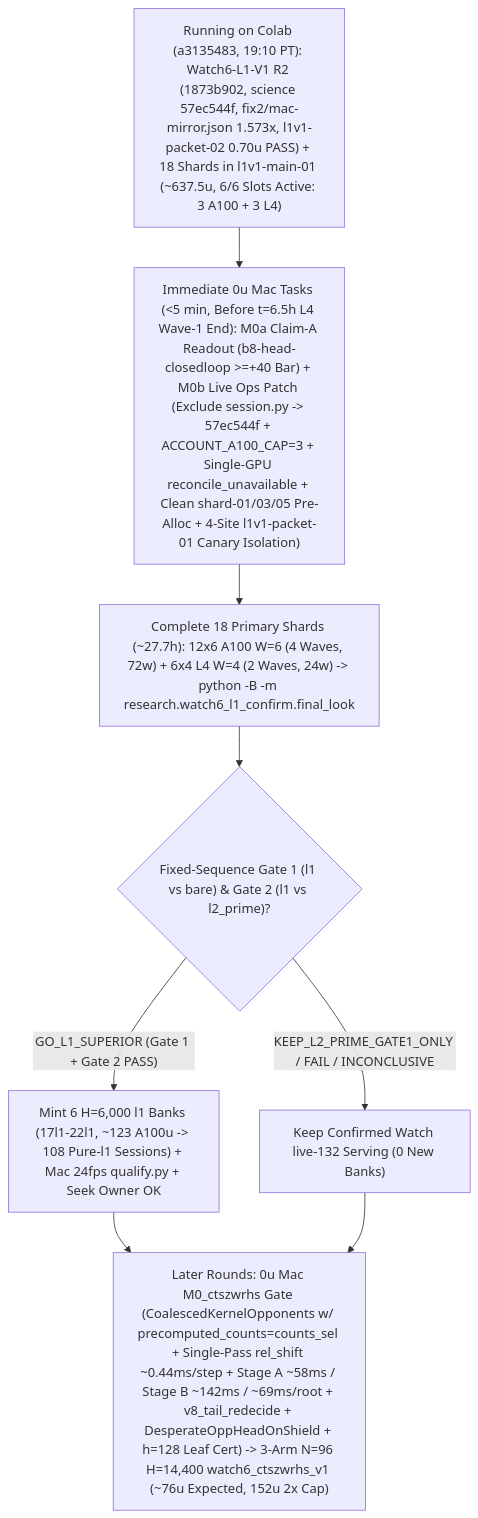
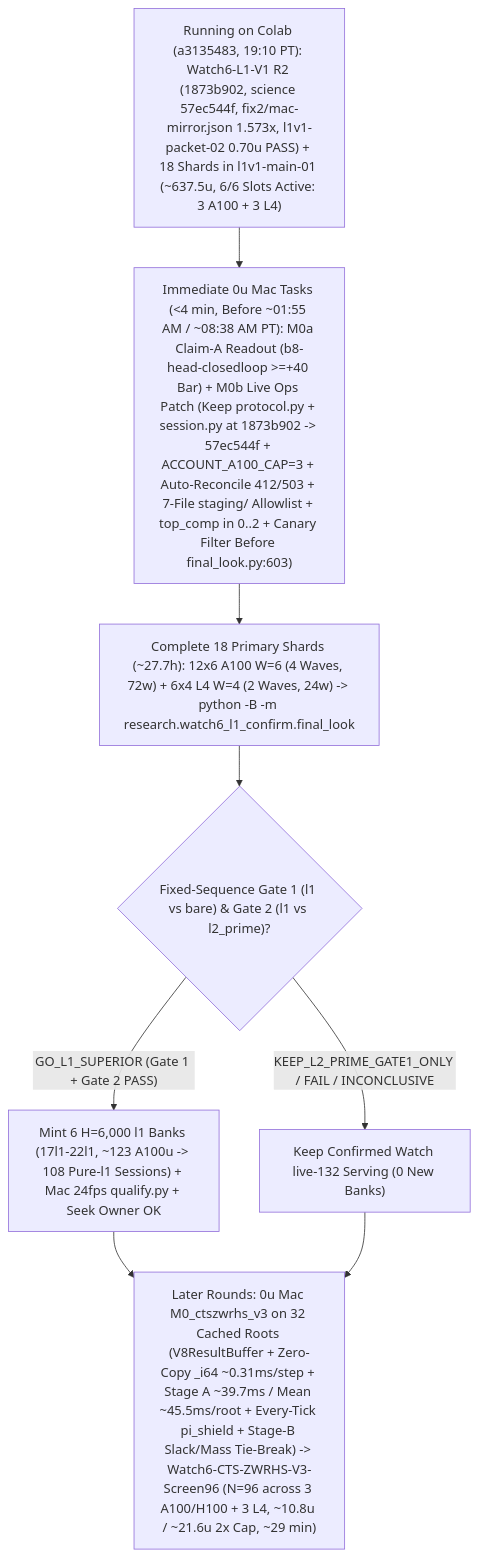
The diagram in docs/research/ROADMAP.md (josenunezwork/snake-dqn), drawn with Mermaid before and after one commit. The commit also changed other lines of this file, not shown here.

Commit message:
docs(roadmap): fold in Round-24 synthesis (advice, not decisions)

````diff
--- a/docs/research/ROADMAP.md
+++ b/docs/research/ROADMAP.md
@@ -110,10 +98,10 @@
 ```mermaid
 flowchart TD
-    LIVE["Running on Colab (a3135483, 19:10 PT): Watch6-L1-V1 R2 (1873b902, science 57ec544f, fix2/mac-mirror.json 1.573x, l1v1-packet-02 0.70u PASS) + 18 Shards in l1v1-main-01 (~637.5u, 6/6 Slots Active: 3 A100 + 3 L4)"] --> M0["Immediate 0u Mac Tasks (<5 min, Before t=6.5h L4 Wave-1 End): M0a Claim-A Readout (b8-head-closedloop >=+40 Bar) + M0b Live Ops Patch (Exclude session.py -> 57ec544f + ACCOUNT_A100_CAP=3 + Single-GPU reconcile_unavailable + Clean shard-01/03/05 Pre-Alloc + 4-Site l1v1-packet-01 Canary Isolation)"]
+    LIVE["Running on Colab (a3135483, 19:10 PT): Watch6-L1-V1 R2 (1873b902, science 57ec544f, fix2/mac-mirror.json 1.573x, l1v1-packet-02 0.70u PASS) + 18 Shards in l1v1-main-01 (~637.5u, 6/6 Slots Active: 3 A100 + 3 L4)"] --> M0["Immediate 0u Mac Tasks (<4 min, Before ~01:55 AM / ~08:38 AM PT): M0a Claim-A Readout (b8-head-closedloop >=+40 Bar) + M0b Live Ops Patch (Keep protocol.py + session.py at 1873b902 -> 57ec544f + ACCOUNT_A100_CAP=3 + Auto-Reconcile 412/503 + 7-File staging/ Allowlist + top_comp in 0..2 + Canary Filter Before final_look.py:603)"]
     M0 --> WAVES["Complete 18 Primary Shards (~27.7h): 12x6 A100 W=6 (4 Waves, 72w) + 6x4 L4 W=4 (2 Waves, 24w) -> python -B -m research.watch6_l1_confirm.final_look"]
     WAVES --> GATES{"Fixed-Sequence Gate 1 (l1 vs bare) & Gate 2 (l1 vs l2_prime)?"}
     GATES -- "GO_L1_SUPERIOR (Gate 1 + Gate 2 PASS)" --> SUP["Mint 6 H=6,000 l1 Banks (17l1-22l1, ~123 A100u -> 108 Pure-l1 Sessions) + Mac 24fps qualify.py + Seek Owner OK"]
     GATES -- "KEEP_L2_PRIME_GATE1_ONLY / FAIL / INCONCLUSIVE" --> KEEP["Keep Confirmed Watch live-132 Serving (0 New Banks)"]
-    SUP --> LATER["Later Rounds: 0u Mac M0_ctszwrhs Gate (CoalescedKernelOpponents w/ precomputed_counts=counts_sel + Single-Pass rel_shift ~0.44ms/step + Stage A ~58ms / Stage B ~142ms / ~69ms/root + v8_tail_redecide + DesperateOppHeadOnShield + h=128 Leaf Cert) -> 3-Arm N=96 H=14,400 watch6_ctszwrhs_v1 (~76u Expected, 152u 2x Cap)"]
+    SUP --> LATER["Later Rounds: 0u Mac M0_ctszwrhs_v3 on 32 Cached Roots (V8ResultBuffer + Zero-Copy _i64 ~0.31ms/step + Stage A ~39.7ms / Mean ~45.5ms/root + Every-Tick pi_shield + Stage-B Slack/Mass Tie-Break) -> Watch6-CTS-ZWRHS-V3-Screen96 (N=96 across 3 A100/H100 + 3 L4, ~10.8u / ~21.6u 2x Cap, ~29 min)"]
     KEEP --> LATER
 ```
````
